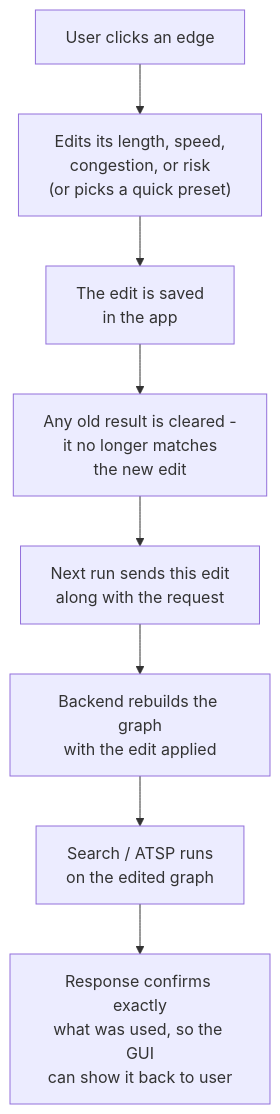
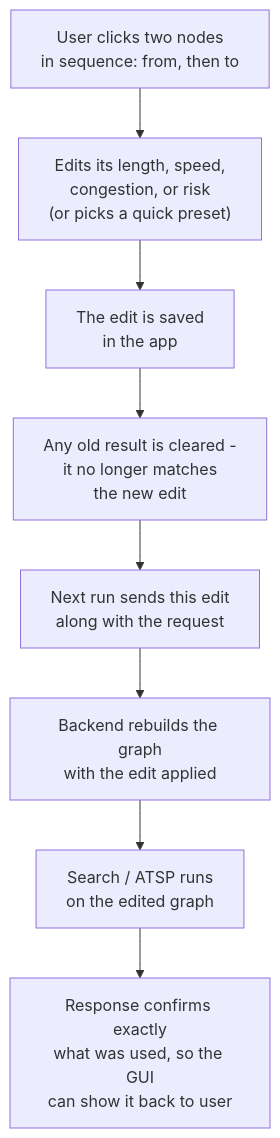
The third of 4 diagrams in report/final/f_program_flow.md (ThaiQuangHuy2906/Lab1_Searching), drawn with Mermaid before and after one commit. The commit also changed other lines of this file and 33 other files, not shown here.

````diff
--- a/report/final/f_program_flow.md
+++ b/report/final/f_program_flow.md
@@ -95,10 +100,10 @@
 ```mermaid
 flowchart TD
-    A["User clicks an edge"] --> B["Edits its length, speed,<br/>congestion, or risk<br/>(or picks a quick preset)"]
+    A["User clicks two nodes<br/>in sequence: from, then to"] --> B["Edits its length, speed,<br/>congestion, or risk<br/>(or picks a quick preset)"]
     B --> C["The edit is saved<br/>in the app"]
     C --> D["Any old result is cleared -<br/>it no longer matches<br/>the new edit"]
     D --> E["Next run sends this edit<br/>along with the request"]
     E --> F["Backend rebuilds the graph<br/>with the edit applied"]
     F --> G["Search / ATSP runs<br/>on the edited graph"]
     G --> H["Response confirms exactly<br/>what was used, so the GUI<br/>can show it back to user"]
 ```
````
